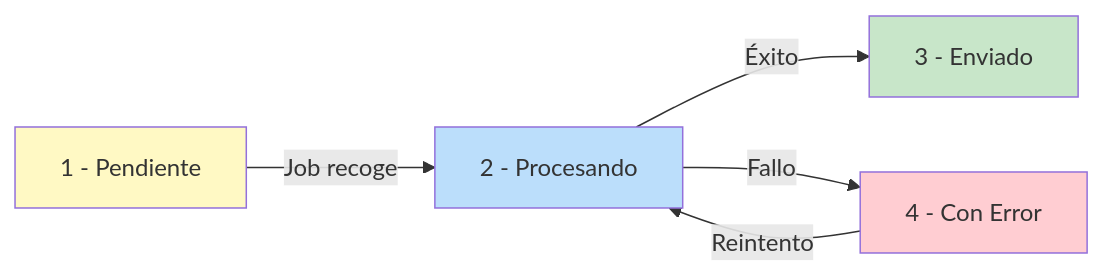
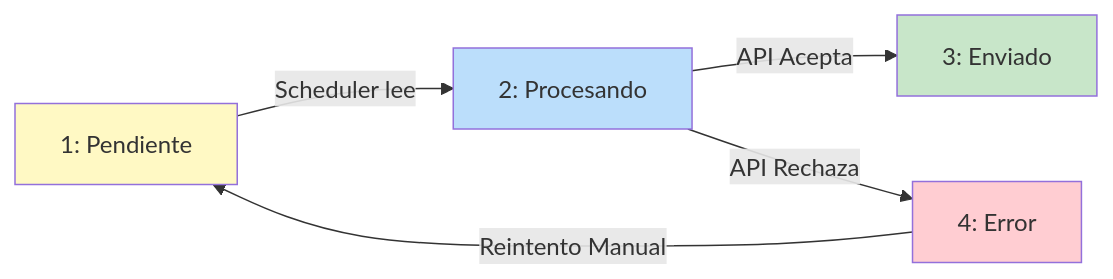
The third of 3 diagrams in notificaciones_suite/DOCUMENTACION_FEATURE_NOTIFICACIONES_APPSUITE.md (EdRre/documentacion), drawn with Mermaid before and after one commit. The commit also changed other lines of this file, not shown here.

Commit message:
Refactor notification system documentation to clarify process phases and interaction flow

````diff
--- a/notificaciones_suite/DOCUMENTACION_FEATURE_NOTIFICACIONES_APPSUITE.md
+++ b/notificaciones_suite/DOCUMENTACION_FEATURE_NOTIFICACIONES_APPSUITE.md
@@ -269,12 +129,12 @@
 ```mermaid
 graph LR
-    A[1 - Pendiente] -->|Job recoge| B[2 - Procesando]
-    B -->|Éxito| C[3 - Enviado]
-    B -->|Fallo| D[4 - Con Error]
-    D -->|Reintento| B
+    A[1: Pendiente] -->|Scheduler lee| B[2: Procesando]
+    B -->|API Acepta| C[3: Enviado]
+    B -->|API Rechaza| D[4: Error]
+    D -->|Reintento Manual| A
     
     style A fill:#fff9c4
     style B fill:#bbdefb
     style C fill:#c8e6c9
     style D fill:#ffcdd2
 ```
````
